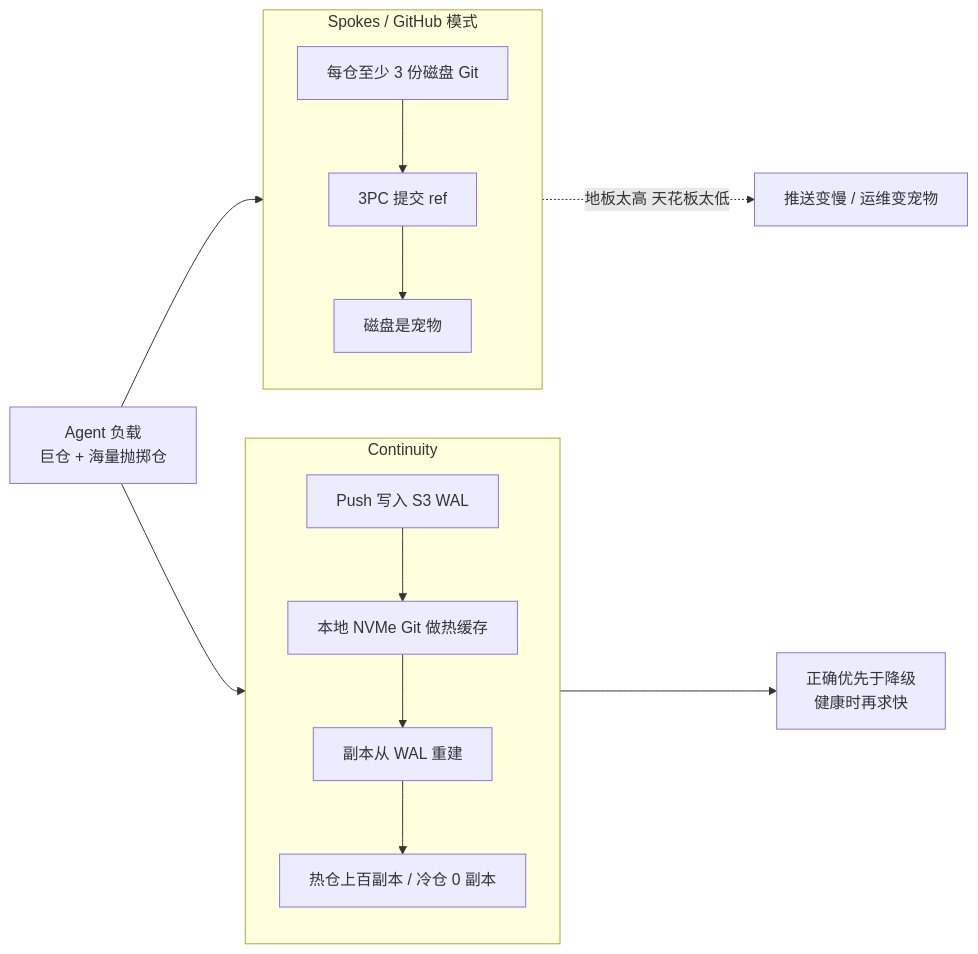
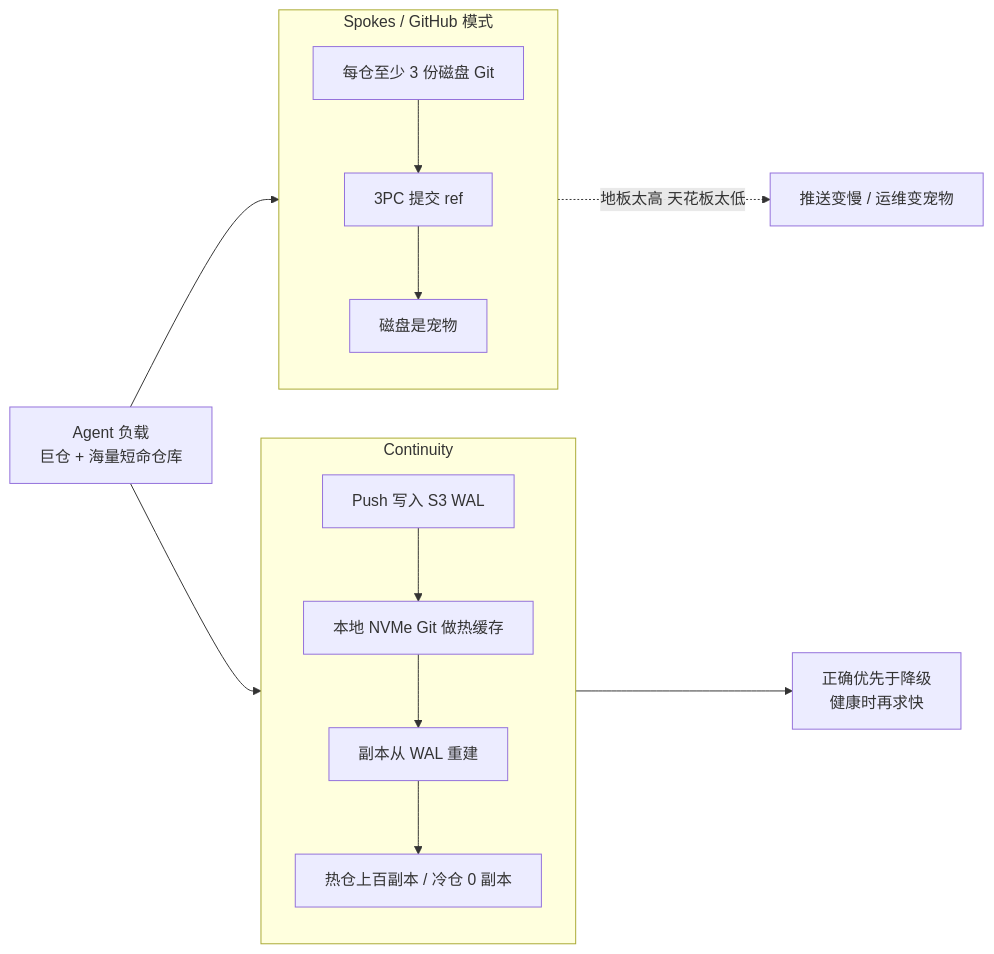
The diagram in 01-Articles/其他/Cursor：Git at any scale.md (openalon/AI-Notes), drawn with Mermaid before and after one commit. The commit also changed other lines of this file and 43 other files, not shown here.

````diff
--- a/01-Articles/其他/Cursor：Git at any scale.md
+++ b/01-Articles/其他/Cursor：Git at any scale.md
@@ -25,22 +25,22 @@
 ```mermaid
 flowchart LR
     subgraph spokes [Spokes / GitHub 模式]
         S1[每仓至少 3 份磁盘 Git]
         S2[3PC 提交 ref]
         S3[磁盘是宠物]
         S1 --> S2 --> S3
     end
 
     subgraph cont [Continuity]
         C1[Push 写入 S3 WAL]
         C2[本地 NVMe Git 做热缓存]
         C3[副本从 WAL 重建]
         C4[热仓上百副本 / 冷仓 0 副本]
         C1 --> C2 --> C3 --> C4
     end
 
-    P[Agent 负载<br/>巨仓 + 海量抛掷仓] --> spokes
+    P[Agent 负载<br/>巨仓 + 海量短命仓库] --> spokes
     P --> cont
     spokes -.->|地板太高 天花板太低| X[推送变慢 / 运维变宠物]
     cont --> Y[正确优先于降级<br/>健康时再求快]
 ```
````
